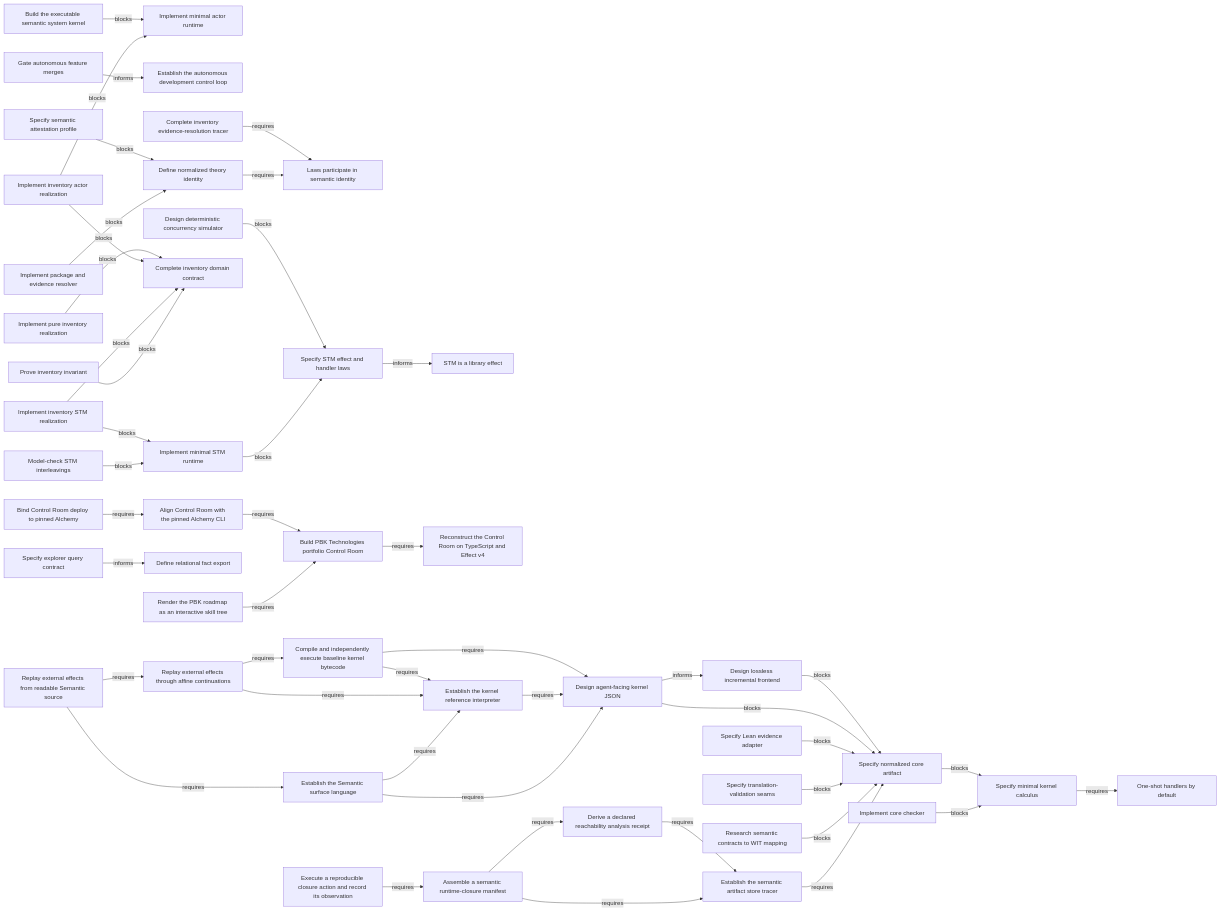
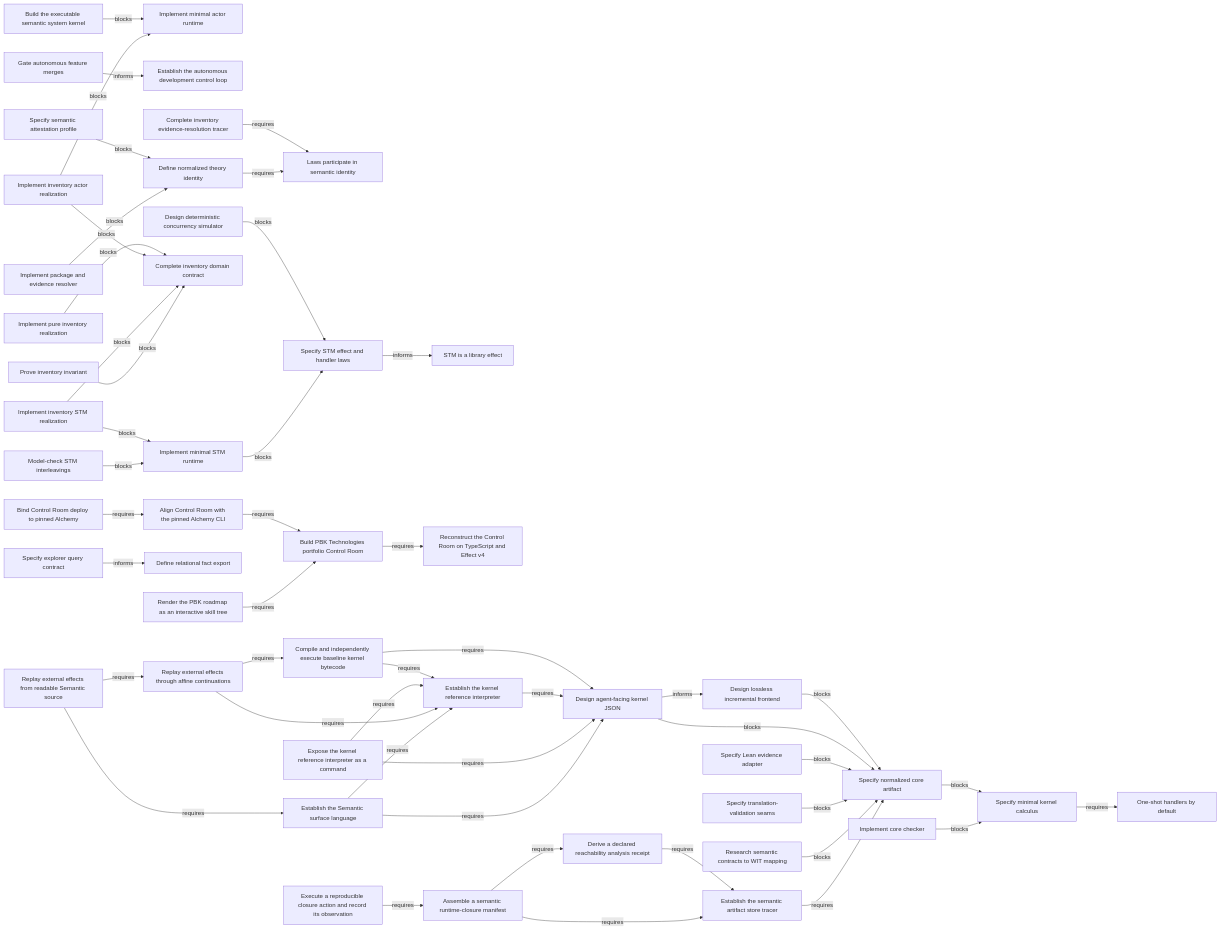
The diagram in generated/05-work-dependencies.md (phibkro/semantic-systems), drawn with Mermaid before and after one commit. The commit also changed 13 other files, not shown here.

First line of the commit message:
feat(kernel): expose reference runner CLI (#21)

```diff
--- a/generated/05-work-dependencies.md
+++ b/generated/05-work-dependencies.md
@@ -27,6 +27,7 @@
     work_inventory_resolution_tracer["Complete inventory evidence-resolution tracer"]
     work_inventory_stm["Implement inventory STM realization"]
     work_kernel_reference_interpreter["Establish the kernel reference interpreter"]
+    work_kernel_runner_cli["Expose the kernel reference interpreter as a command"]
     work_kernel_spec["Specify minimal kernel calculus"]
     work_lean_evidence_adapter["Specify Lean evidence adapter"]
     work_lossless_frontend_spec["Design lossless incremental frontend"]
@@ -57,6 +58,8 @@
     work_executable_semantic_system_kernel -->|blocks| work_actor_runtime
     work_inventory_resolution_tracer -->|requires| decision_theory_identity
     work_kernel_reference_interpreter -->|requires| work_agent_facing_kernel_json
+    work_kernel_runner_cli -->|requires| work_agent_facing_kernel_json
+    work_kernel_runner_cli -->|requires| work_kernel_reference_interpreter
     work_one_shot_external_effect_replay -->|requires| work_kernel_reference_interpreter
     work_one_shot_external_effect_replay -->|requires| work_baseline_bytecode_backend
     work_pbk_portfolio_control_room -->|requires| work_control_room_reconstruction
```
